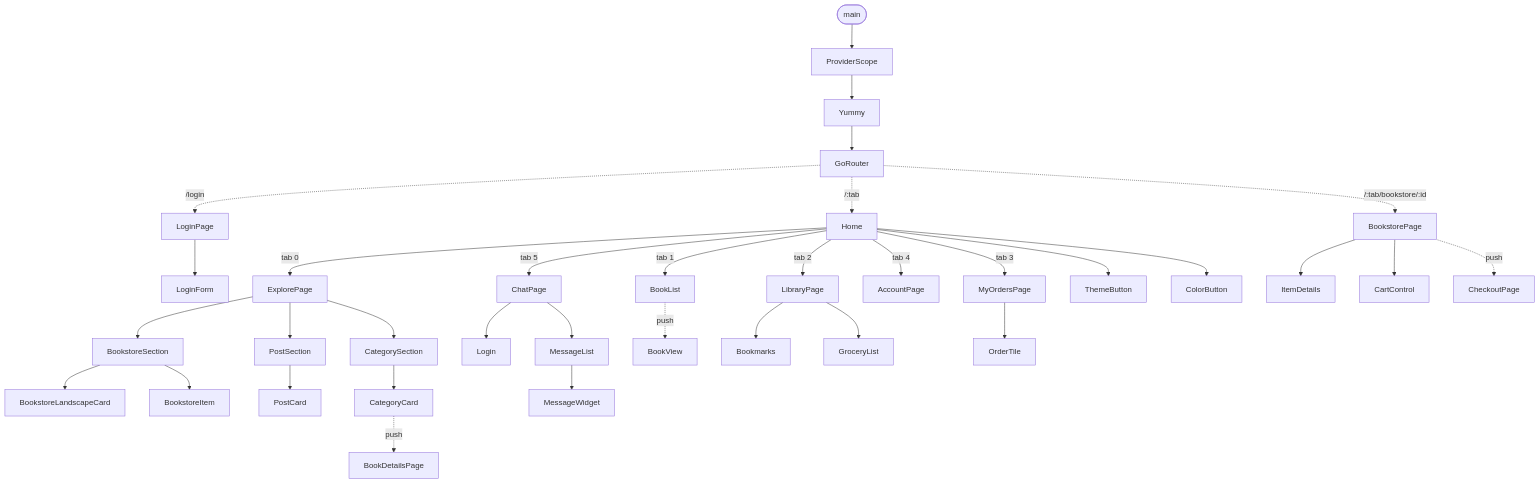
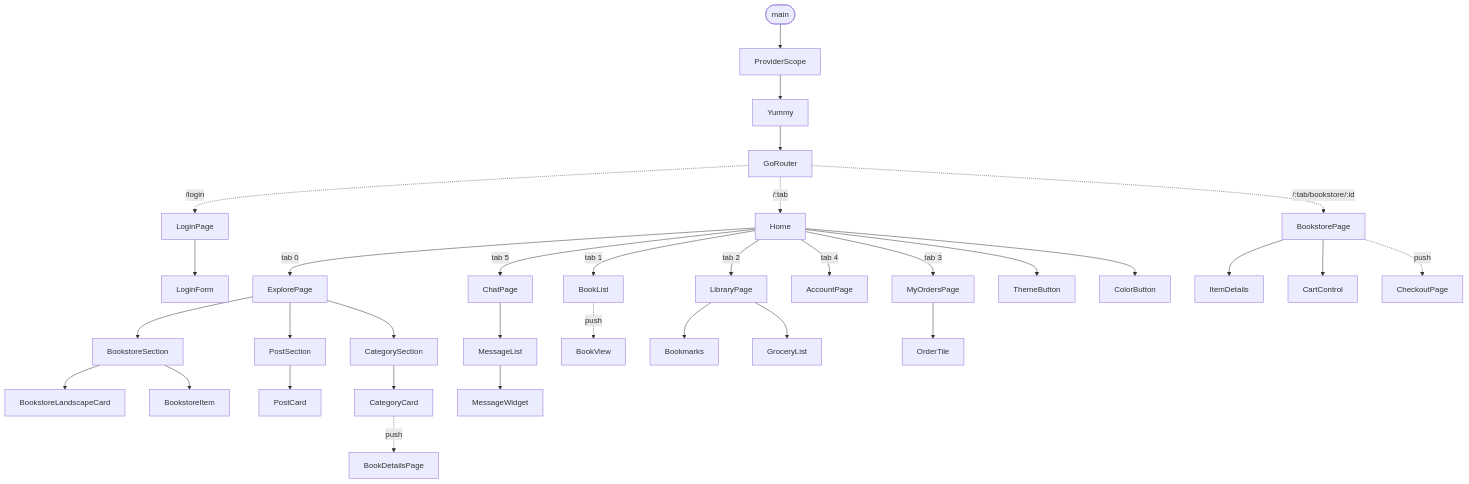
The fifth of 6 diagrams in docs/architecture.md (aidyn2007/Cross-platfor), drawn with Mermaid before and after one commit. The commit also changed other lines of this file and 9 other files, not shown here.

First line of the commit message:
Make Firebase login the startup screen; drop duplicate chat signup

````diff
--- a/docs/architecture.md
+++ b/docs/architecture.md
@@ -352,45 +335,44 @@
 ```mermaid
 flowchart TD
     main([main]) --> ProviderScope
     ProviderScope --> Yummy
     Yummy --> GoRouter
 
     GoRouter -. /login .-> LoginPage
     GoRouter -. /:tab .-> Home
     GoRouter -. /:tab/bookstore/:id .-> BookstorePage
 
     LoginPage --> LoginForm
 
     Home -->|tab 0| ExplorePage
     Home -->|tab 1| BookList
     Home -->|tab 2| LibraryPage
     Home -->|tab 3| MyOrdersPage
     Home -->|tab 4| AccountPage
     Home -->|tab 5| ChatPage
     Home --> ThemeButton
     Home --> ColorButton
 
     ExplorePage --> BookstoreSection
     ExplorePage --> PostSection
     ExplorePage --> CategorySection
     BookstoreSection --> BookstoreLandscapeCard
     BookstoreSection --> BookstoreItem
     PostSection --> PostCard
     CategorySection --> CategoryCard
 
     BookstorePage --> ItemDetails
     BookstorePage --> CartControl
     BookstorePage -. push .-> CheckoutPage
 
     CategoryCard -. push .-> BookDetailsPage
 
-    ChatPage --> Login
     ChatPage --> MessageList
     MessageList --> MessageWidget
 
     BookList -. push .-> BookView
     LibraryPage --> Bookmarks
     LibraryPage --> GroceryList
 
     MyOrdersPage --> OrderTile
 ```
````
